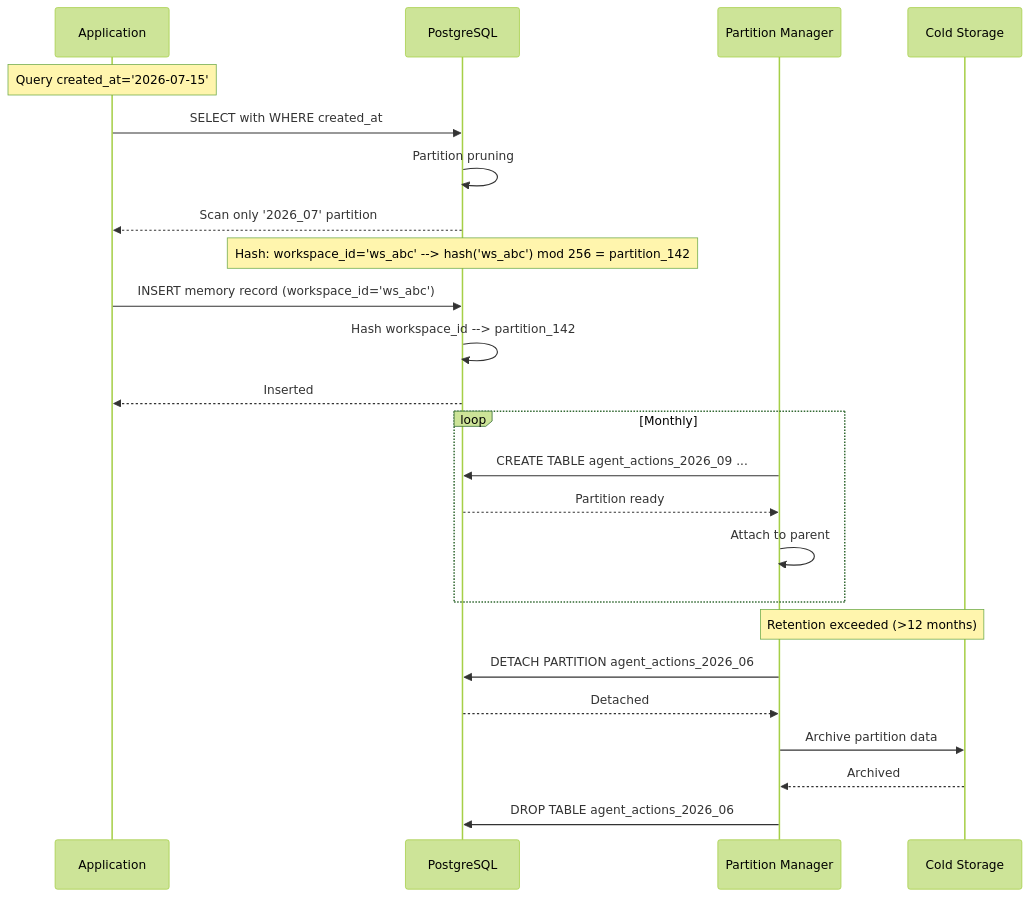
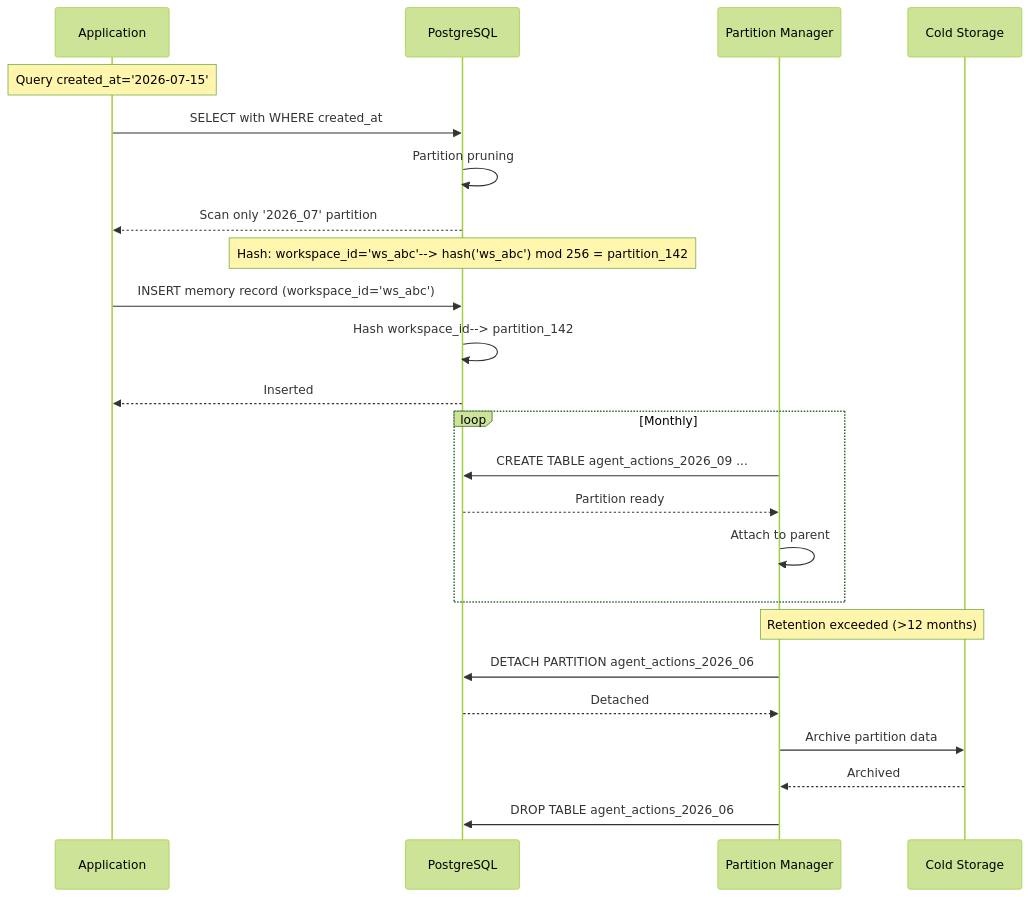
One commit to Driftloom/Vaeloom changed the second of 2 diagrams in docs/database/Partitioning.md. Above: the diagram before and after it, drawn with Mermaid (forest theme). The commit also changed other lines of this file and 694 other files, not shown here.

First line of the commit message:
docs: mermaid standardization — encoding/mermaid/duplicate cleanup

````diff
--- a/docs/database/Partitioning.md
+++ b/docs/database/Partitioning.md
@@ -311,33 +311,33 @@
 ```mermaid
 sequenceDiagram
-    participant APP as Application
-    participant DB as PostgreSQL
-    participant CRON as Partition Manager
-    participant S3 as Cold Storage
+ participant APP as Application
+ participant DB as PostgreSQL
+ participant CRON as Partition Manager
+ participant S3 as Cold Storage
 
-    Note over APP: Query created_at='2026-07-15'
+ Note over APP: Query created_at='2026-07-15'
 
-    APP->>DB: SELECT with WHERE created_at
-    DB->>DB: Partition pruning
-    DB-->>APP: Scan only '2026_07' partition
+ APP->>DB: SELECT with WHERE created_at
+ DB->>DB: Partition pruning
+ DB-->>APP: Scan only '2026_07' partition
 
-    Note over DB: Hash: workspace_id='ws_abc' --> hash('ws_abc') mod 256 = partition_142
+ Note over DB: Hash: workspace_id='ws_abc'--> hash('ws_abc') mod 256 = partition_142
 
-    APP->>DB: INSERT memory record (workspace_id='ws_abc')
-    DB->>DB: Hash workspace_id --> partition_142
-    DB-->>APP: Inserted
+ APP->>DB: INSERT memory record (workspace_id='ws_abc')
+ DB->>DB: Hash workspace_id--> partition_142
+ DB-->>APP: Inserted
 
-    loop Monthly
-        CRON->>DB: CREATE TABLE agent_actions_2026_09 ...
-        DB-->>CRON: Partition ready
-        CRON->>CRON: Attach to parent
-    end
+ loop Monthly
+ CRON->>DB: CREATE TABLE agent_actions_2026_09 ...
+ DB-->>CRON: Partition ready
+ CRON->>CRON: Attach to parent
+ end
 
-    Note over CRON,S3: Retention exceeded (>12 months)
+ Note over CRON,S3: Retention exceeded (>12 months)
 
-    CRON->>DB: DETACH PARTITION agent_actions_2026_06
-    DB-->>CRON: Detached
-    CRON->>S3: Archive partition data
-    S3-->>CRON: Archived
-    CRON->>DB: DROP TABLE agent_actions_2026_06
+ CRON->>DB: DETACH PARTITION agent_actions_2026_06
+ DB-->>CRON: Detached
+ CRON->>S3: Archive partition data
+ S3-->>CRON: Archived
+ CRON->>DB: DROP TABLE agent_actions_2026_06
 ```
````
